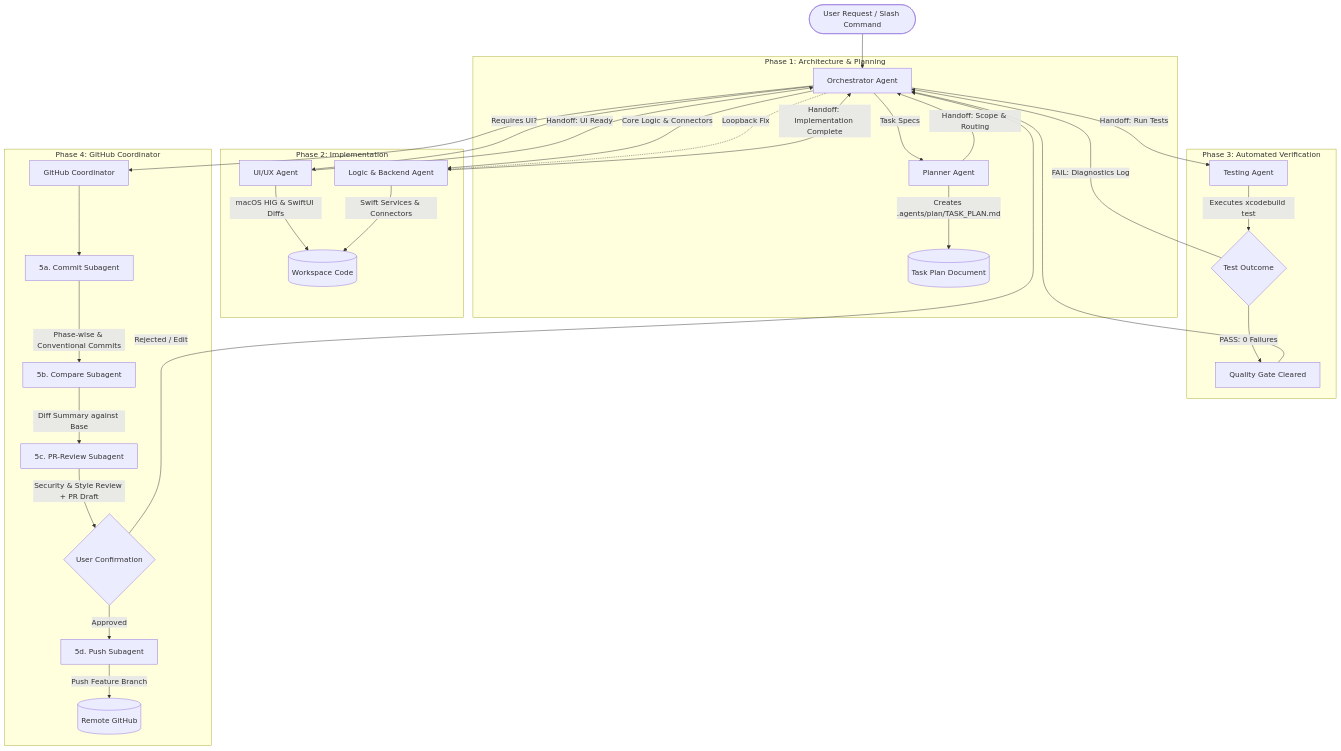
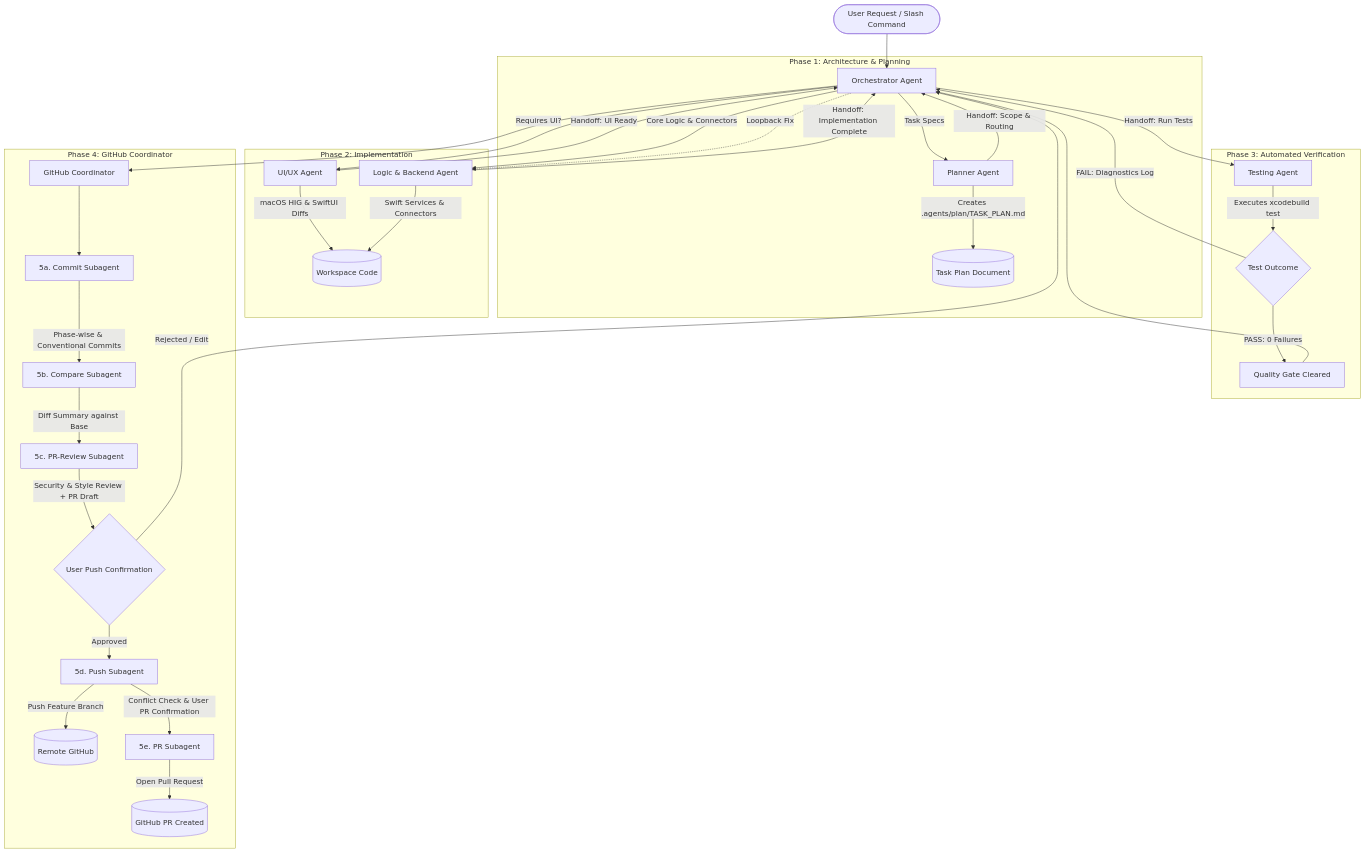
One commit to Dhruvil05Patel/OmniDesk changed the diagram in .agents/plan/AGENT_SYSTEM_PLAN.md. Above: the diagram before and after it, drawn with Mermaid. The commit also changed other lines of this file and 1 other file, not shown here.

Commit message:
docs(plan): add PR agent and branch guard architecture plan

````diff
--- a/.agents/plan/AGENT_SYSTEM_PLAN.md
+++ b/.agents/plan/AGENT_SYSTEM_PLAN.md
@@ -26,42 +26,44 @@
 ```mermaid
 flowchart TD
     User([User Request / Slash Command]) --> Orch[Orchestrator Agent]
 
     subgraph Phase_1_Planning ["Phase 1: Architecture & Planning"]
         Orch -->|Task Specs| PlanAgent[Planner Agent]
         PlanAgent -->|Creates .agents/plan/TASK_PLAN.md| PlanDoc[(Task Plan Document)]
         PlanAgent -->|Handoff: Scope & Routing| Orch
     end
 
     subgraph Phase_2_Design_Implementation ["Phase 2: Implementation"]
         Orch -->|Requires UI?| UIAgent[UI/UX Agent]
         UIAgent -->|macOS HIG & SwiftUI Diffs| Codebase[(Workspace Code)]
         UIAgent -->|Handoff: UI Ready| Orch
 
         Orch -->|Core Logic & Connectors| LogicAgent[Logic & Backend Agent]
         LogicAgent -->|Swift Services & Connectors| Codebase
         LogicAgent -->|Handoff: Implementation Complete| Orch
     end
 
     subgraph Phase_3_Verification ["Phase 3: Automated Verification"]
         Orch -->|Handoff: Run Tests| TestAgent[Testing Agent]
         TestAgent -->|Executes xcodebuild test| TestResult{Test Outcome}
         TestResult -->|FAIL: Diagnostics Log| Orch
         Orch -.->|Loopback Fix| LogicAgent
         TestResult -->|PASS: 0 Failures| TestPassed[Quality Gate Cleared]
     end
 
     subgraph Phase_4_Version_Control ["Phase 4: GitHub Coordinator"]
         TestPassed --> Orch
         Orch --> GitCoord[GitHub Coordinator]
         
         GitCoord --> GitCommit[5a. Commit Subagent]
         GitCommit -->|Phase-wise & Conventional Commits| GitCompare[5b. Compare Subagent]
         GitCompare -->|Diff Summary against Base| GitReview[5c. PR-Review Subagent]
-        GitReview -->|Security & Style Review + PR Draft| UserConfirm{User Confirmation}
+        GitReview -->|Security & Style Review + PR Draft| UserConfirmPush{User Push Confirmation}
         
-        UserConfirm -->|Approved| GitPush[5d. Push Subagent]
+        UserConfirmPush -->|Approved| GitPush[5d. Push Subagent]
         GitPush -->|Push Feature Branch| GitHubRemote[(Remote GitHub)]
-        UserConfirm -->|Rejected / Edit| Orch
+        GitPush -->|Conflict Check & User PR Confirmation| GitPR[5e. PR Subagent]
+        GitPR -->|Open Pull Request| GitHubPR[(GitHub PR Created)]
+        UserConfirmPush -->|Rejected / Edit| Orch
     end
 ```
````
